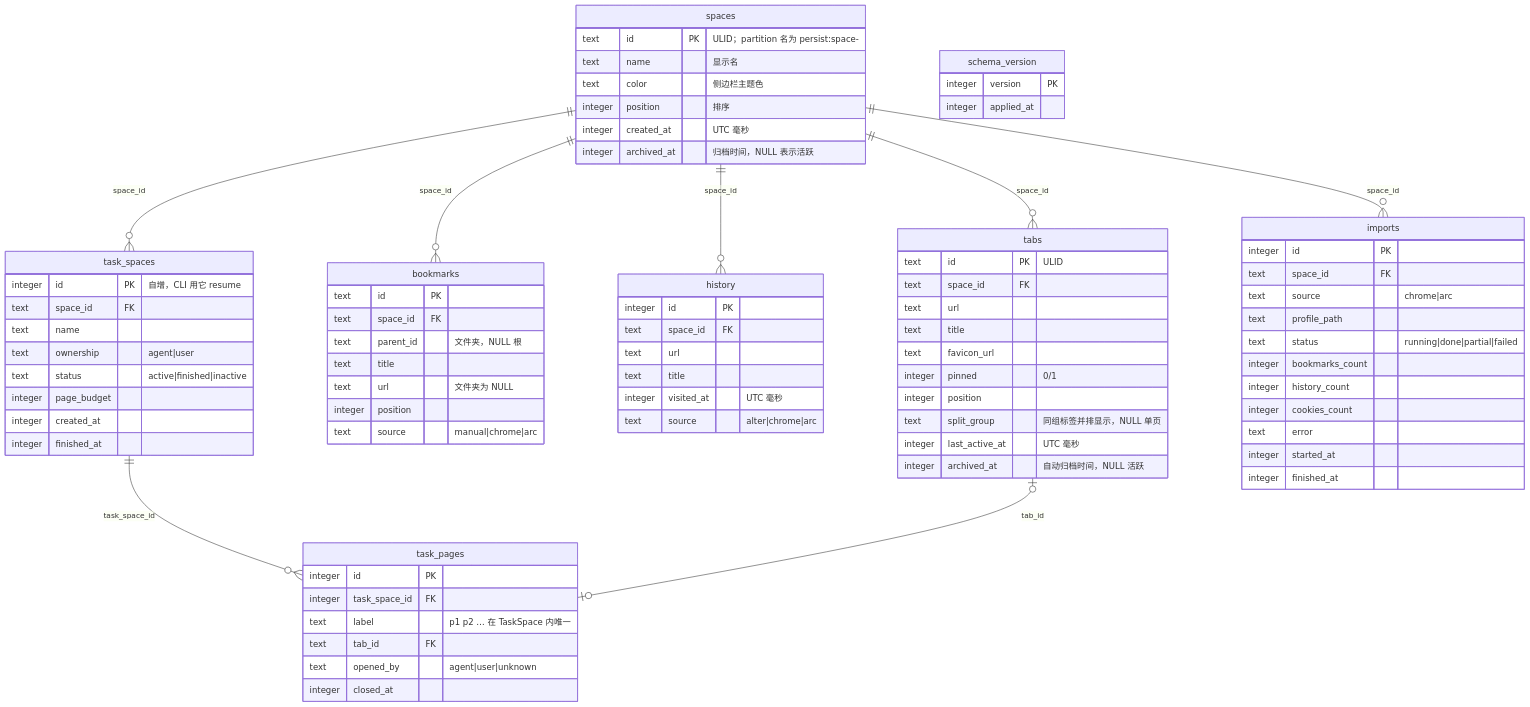
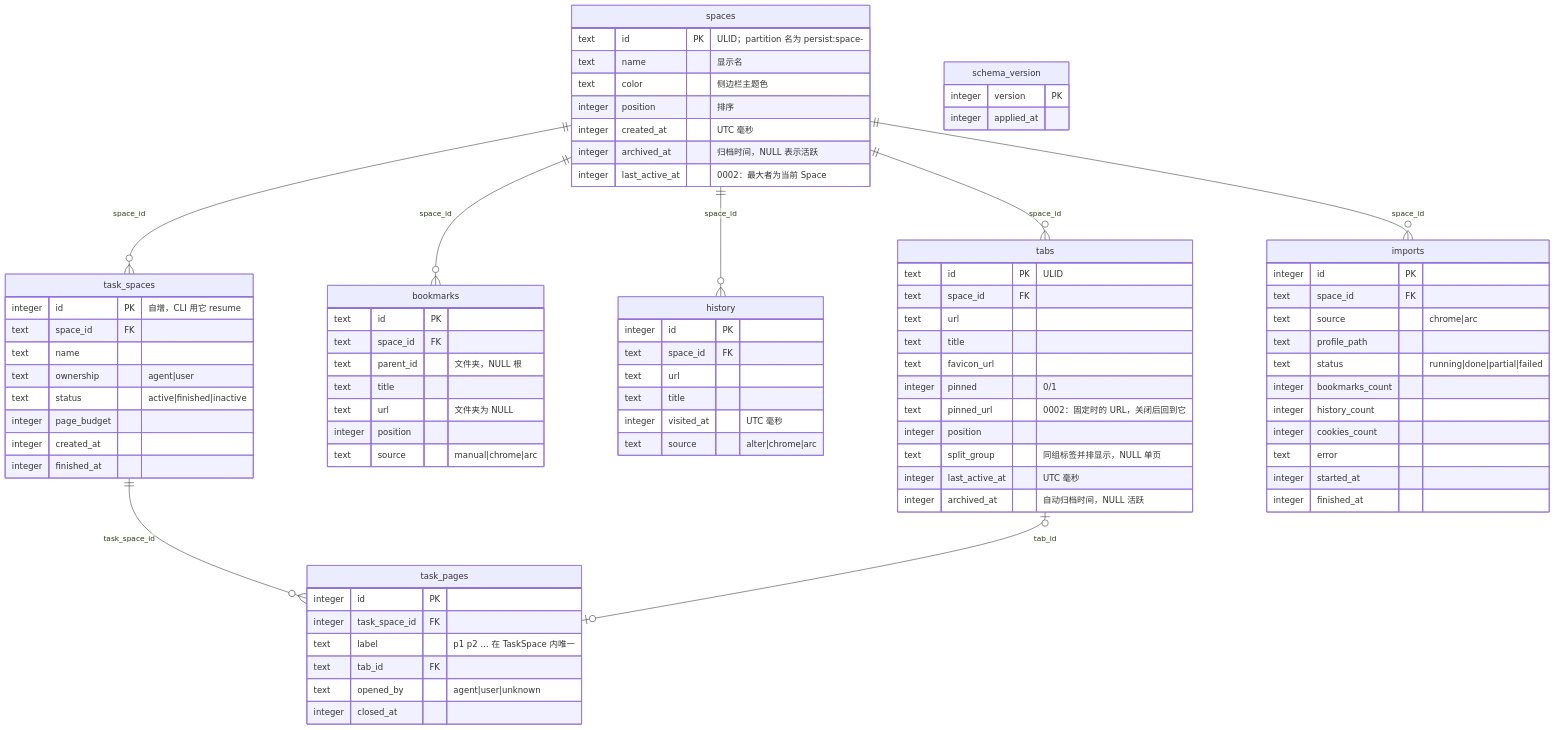
One commit to ethanyulabs/alter changed the diagram in .dev-flow/infra/data-model.md. Above: the diagram before and after it, drawn with Mermaid. The commit also changed other lines of this file and 224 other files, not shown here.

```diff
--- a/.dev-flow/infra/data-model.md
+++ b/.dev-flow/infra/data-model.md
@@ -17,6 +17,7 @@
     integer position "排序"
     integer created_at "UTC 毫秒"
     integer archived_at "归档时间，NULL 表示活跃"
+    integer last_active_at "0002：最大者为当前 Space"
   }
   tabs {
     text id PK "ULID"
@@ -25,6 +26,7 @@
     text title
     text favicon_url
     integer pinned "0/1"
+    text pinned_url "0002：固定时的 URL，关闭后回到它"
     integer position
     text split_group "同组标签并排显示，NULL 单页"
     integer last_active_at "UTC 毫秒"
```
